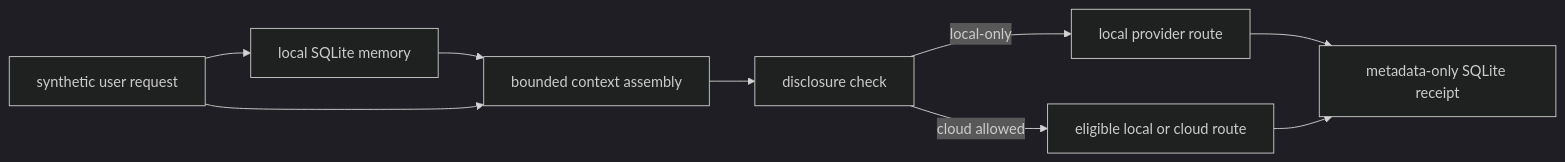
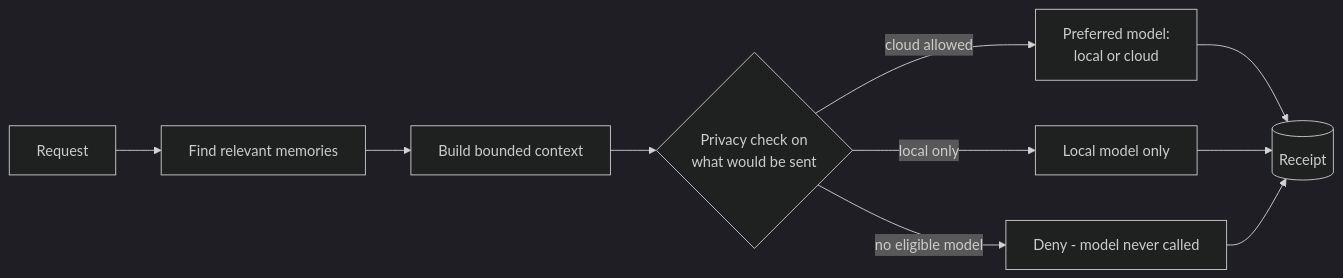
Before and after one commit to perry-is/coral-portfolio: the diagram in README.md, drawn with Mermaid (dark theme). The commit also changed other lines of this file and 4 other files, not shown here.

````diff
--- a/README.md
+++ b/README.md
@@ -23,11 +61,12 @@
 ```mermaid
 flowchart LR
-    A[ synthetic user request ] --> B[ local SQLite memory ]
-    B --> C[ bounded context assembly ]
-    A --> C
-    C --> D[ disclosure check ]
-    D -->|local-only| E[ local provider route ]
-    D -->|cloud allowed| F[ eligible local or cloud route ]
-    E --> G[ metadata-only SQLite receipt ]
-    F --> G
+    Q[Request] --> R[Find relevant memories]
+    R --> C[Build bounded context]
+    C --> D{Privacy check on<br/>what would be sent}
+    D -->|cloud allowed| P[Preferred model:<br/>local or cloud]
+    D -->|local only| L[Local model only]
+    D -->|no eligible model| X[Deny - model never called]
+    P --> RC[(Receipt)]
+    L --> RC
+    X --> RC
 ```
````
